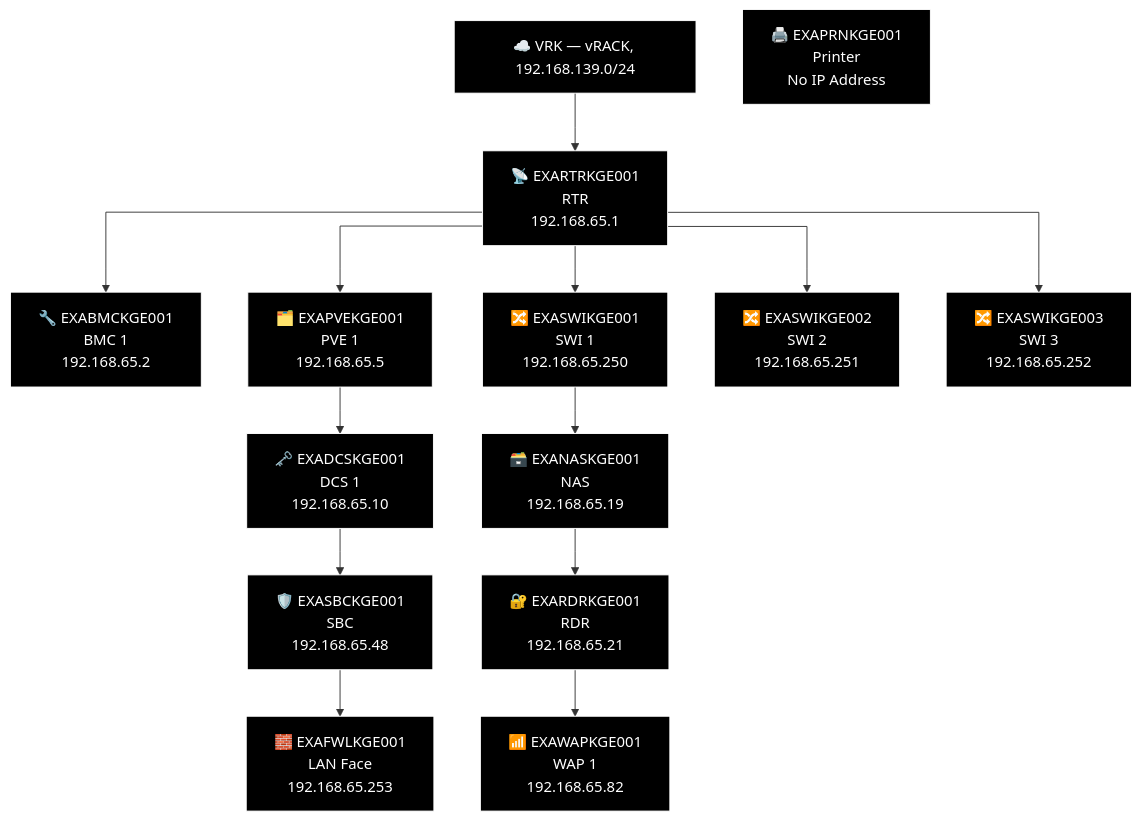
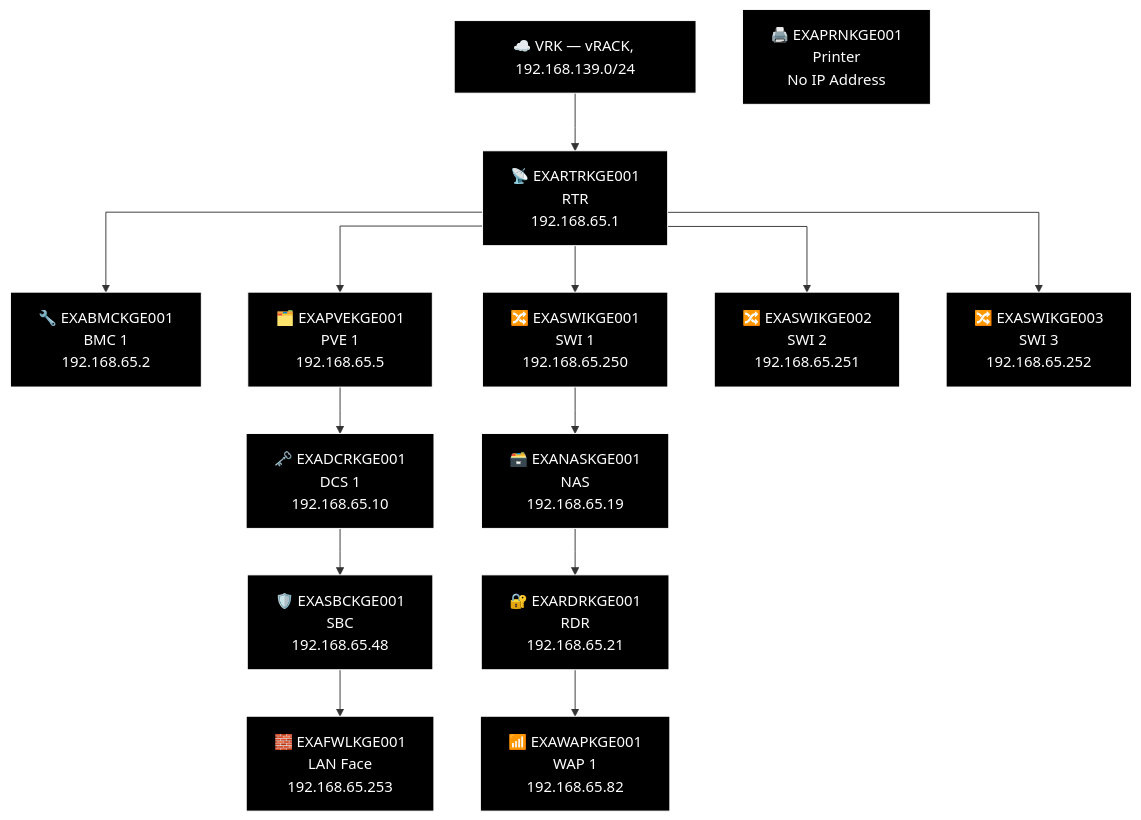
One commit to knightmare2600/example_music_infra changed the eighth of 23 diagrams in docs/network-diagram/danmark.md. Above: the diagram before and after it, drawn with Mermaid. The commit also changed other lines of this file and 8 other files, not shown here.

````diff
--- a/docs/network-diagram/danmark.md
+++ b/docs/network-diagram/danmark.md
@@ -410,42 +398,42 @@
 ```mermaid
 %% GENERATED:TOPOLOGY:KGE:START
 %%{init: {'flowchart': {'curve': 'stepAfter'}}}%%
 graph TD
     T_VRK["☁️ VRK — vRACK, 192.168.139.0/24"]
     T_RTR["📡 EXARTRKGE001<br/>RTR<br/>192.168.65.1"]
     T_VRK --> T_RTR
     T_BMC["🔧 EXABMCKGE001<br/>BMC 1<br/>192.168.65.2"]
     T_RTR --> T_BMC
     T_PVE["🗂️ EXAPVEKGE001<br/>PVE 1<br/>192.168.65.5"]
     T_RTR --> T_PVE
     T_SWI["🔀 EXASWIKGE001<br/>SWI 1<br/>192.168.65.250"]
     T_RTR --> T_SWI
     T_SWI2["🔀 EXASWIKGE002<br/>SWI 2<br/>192.168.65.251"]
     T_RTR --> T_SWI2
     T_SWI3["🔀 EXASWIKGE003<br/>SWI 3<br/>192.168.65.252"]
     T_RTR --> T_SWI3
     T_NAS["🗃️ EXANASKGE001<br/>NAS<br/>192.168.65.19"]
     T_RDR["🔐 EXARDRKGE001<br/>RDR<br/>192.168.65.21"]
     T_WAP["📶 EXAWAPKGE001<br/>WAP 1<br/>192.168.65.82"]
     T_SWI --> T_NAS --> T_RDR --> T_WAP
-    T_DCS["🗝️ EXADCSKGE001<br/>DCS 1<br/>192.168.65.10"]
+    T_DCS["🗝️ EXADCRKGE001<br/>DCS 1<br/>192.168.65.10"]
     T_SBC["🛡️ EXASBCKGE001<br/>SBC<br/>192.168.65.48"]
     T_FWL["🧱 EXAFWLKGE001<br/>LAN Face<br/>192.168.65.253"]
     T_PVE --> T_DCS --> T_SBC --> T_FWL
     T_PRN["🖨️ EXAPRNKGE001<br/>Printer<br/>No IP Address"]
     style T_VRK fill:#000000,stroke:#FFFFFF,color:#FFFFFF
     style T_RTR fill:#000000,stroke:#FFFFFF,color:#FFFFFF
     style T_BMC fill:#000000,stroke:#FFFFFF,color:#FFFFFF
     style T_PVE fill:#000000,stroke:#FFFFFF,color:#FFFFFF
     style T_SWI fill:#000000,stroke:#FFFFFF,color:#FFFFFF
     style T_SWI2 fill:#000000,stroke:#FFFFFF,color:#FFFFFF
     style T_SWI3 fill:#000000,stroke:#FFFFFF,color:#FFFFFF
     style T_NAS fill:#000000,stroke:#FFFFFF,color:#FFFFFF
     style T_RDR fill:#000000,stroke:#FFFFFF,color:#FFFFFF
     style T_WAP fill:#000000,stroke:#FFFFFF,color:#FFFFFF
     style T_DCS fill:#000000,stroke:#FFFFFF,color:#FFFFFF
     style T_SBC fill:#000000,stroke:#FFFFFF,color:#FFFFFF
     style T_FWL fill:#000000,stroke:#FFFFFF,color:#FFFFFF
     style T_PRN fill:#000000,stroke:#FFFFFF,color:#FFFFFF
 %% GENERATED:TOPOLOGY:KGE:END
 ```
````
